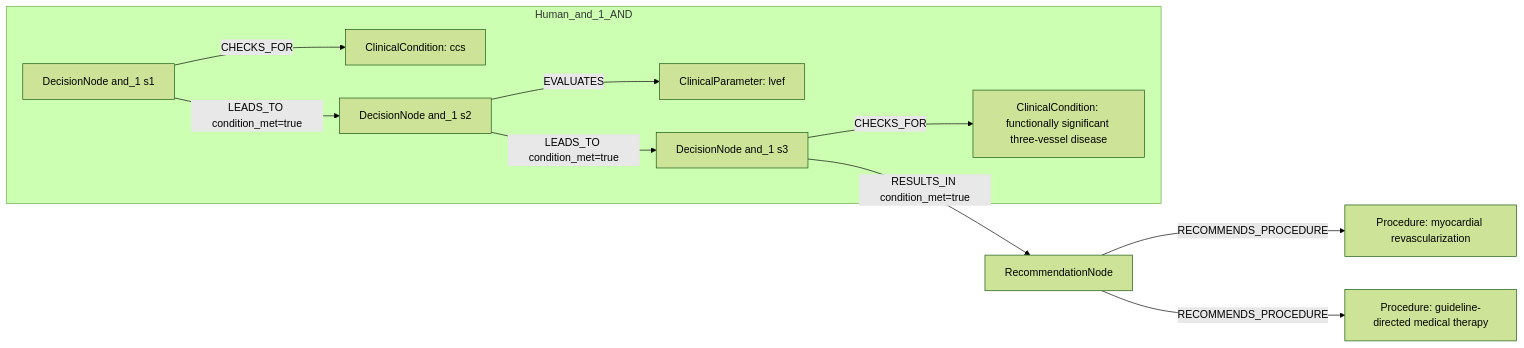
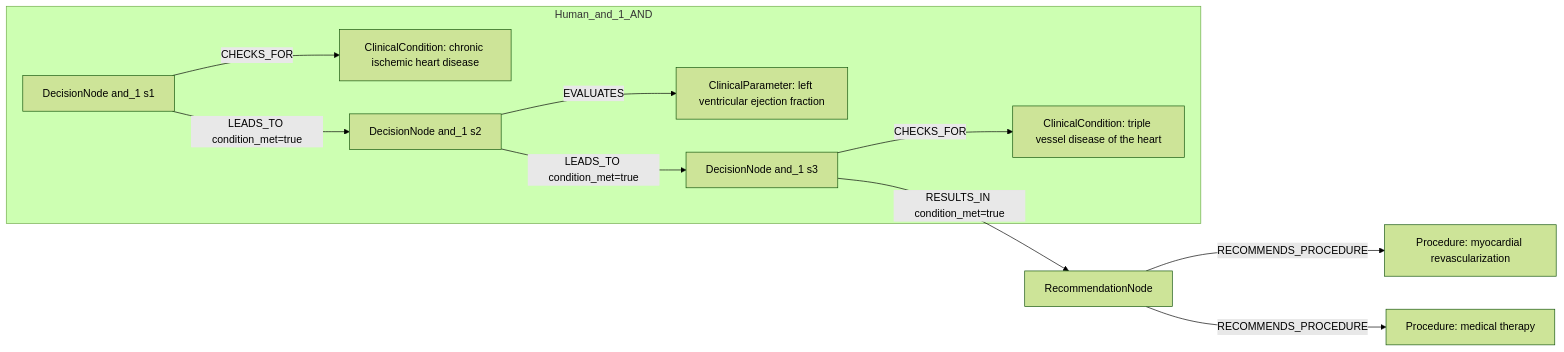
The first of 2 diagrams in docs/table22_rows_comparison/row_07.md (dieterich-lab/CardioGuidelinesGraph), drawn with Mermaid (forest theme) before and after one commit. The commit also changed other lines of this file and 27 other files, not shown here.

````diff
--- a/docs/table22_rows_comparison/row_07.md
+++ b/docs/table22_rows_comparison/row_07.md
@@ -184,22 +116,22 @@
 ```mermaid
 graph LR
   REC[RecommendationNode]
   ACT1[Procedure: myocardial revascularization]
   REC -->|RECOMMENDS_PROCEDURE| ACT1
-  ACT2[Procedure: guideline-directed medical therapy]
+  ACT2[Procedure: medical therapy]
   REC -->|RECOMMENDS_PROCEDURE| ACT2
   subgraph Human_and_1_AND
     D_and_1_1[DecisionNode and_1 s1]
-    C_and_1_1[ClinicalCondition: ccs]
+    C_and_1_1[ClinicalCondition: chronic ischemic heart disease]
     D_and_1_1 -->|CHECKS_FOR| C_and_1_1
     D_and_1_2[DecisionNode and_1 s2]
-    C_and_1_2[ClinicalParameter: lvef]
+    C_and_1_2[ClinicalParameter: left ventricular ejection fraction]
     D_and_1_2 -->|EVALUATES| C_and_1_2
     D_and_1_3[DecisionNode and_1 s3]
-    C_and_1_3[ClinicalCondition: functionally significant three-vessel disease]
+    C_and_1_3[ClinicalCondition: triple vessel disease of the heart]
     D_and_1_3 -->|CHECKS_FOR| C_and_1_3
     D_and_1_1 -->|LEADS_TO condition_met=true| D_and_1_2
     D_and_1_2 -->|LEADS_TO condition_met=true| D_and_1_3
   end
   D_and_1_3 -->|RESULTS_IN condition_met=true| REC
 ```
````
